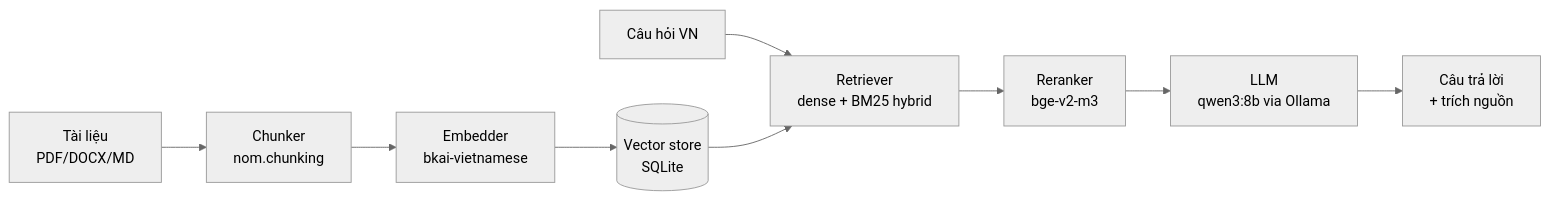
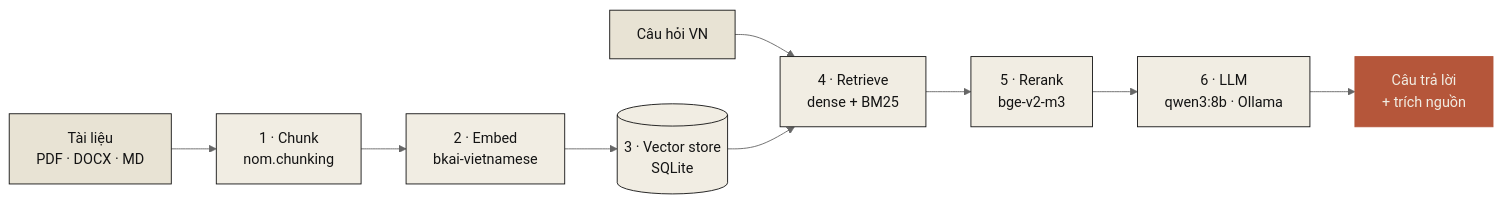
One commit to nrl-ai/nom-vn changed the diagram in docs/tasks/rag.md. Above: the diagram before and after it, drawn with Mermaid (neutral theme). The commit also changed 6 other files, not shown here.

````diff
--- a/docs/tasks/rag.md
+++ b/docs/tasks/rag.md
@@ -20,11 +20,18 @@
 ```mermaid
 flowchart LR
-  A[Tài liệu<br/>PDF/DOCX/MD] --> B[Chunker<br/>nom.chunking]
-  B --> C[Embedder<br/>bkai-vietnamese]
-  C --> D[(Vector store<br/>SQLite)]
-  Q[Câu hỏi VN] --> E[Retriever<br/>dense + BM25 hybrid]
-  D --> E
-  E --> F[Reranker<br/>bge-v2-m3]
-  F --> G[LLM<br/>qwen3:8b via Ollama]
-  G --> H[Câu trả lời<br/>+ trích nguồn]
+    A[Tài liệu<br/>PDF · DOCX · MD] --> B[1 · Chunk<br/>nom.chunking]
+    B --> C[2 · Embed<br/>bkai-vietnamese]
+    C --> D[(3 · Vector store<br/>SQLite)]
+    Q[Câu hỏi VN] --> E[4 · Retrieve<br/>dense + BM25]
+    D --> E
+    E --> F[5 · Rerank<br/>bge-v2-m3]
+    F --> G[6 · LLM<br/>qwen3:8b · Ollama]
+    G --> OUT[Câu trả lời<br/>+ trích nguồn]
+
+    classDef stage fill:#f1ede3,stroke:#141414,stroke-width:1px,color:#141414
+    classDef io fill:#e8e3d4,stroke:#141414,stroke-width:1px,color:#141414
+    classDef out fill:#b5563a,stroke:#b5563a,color:#f1ede3
+    class B,C,D,E,F,G stage
+    class A,Q io
+    class OUT out
 ```
````
